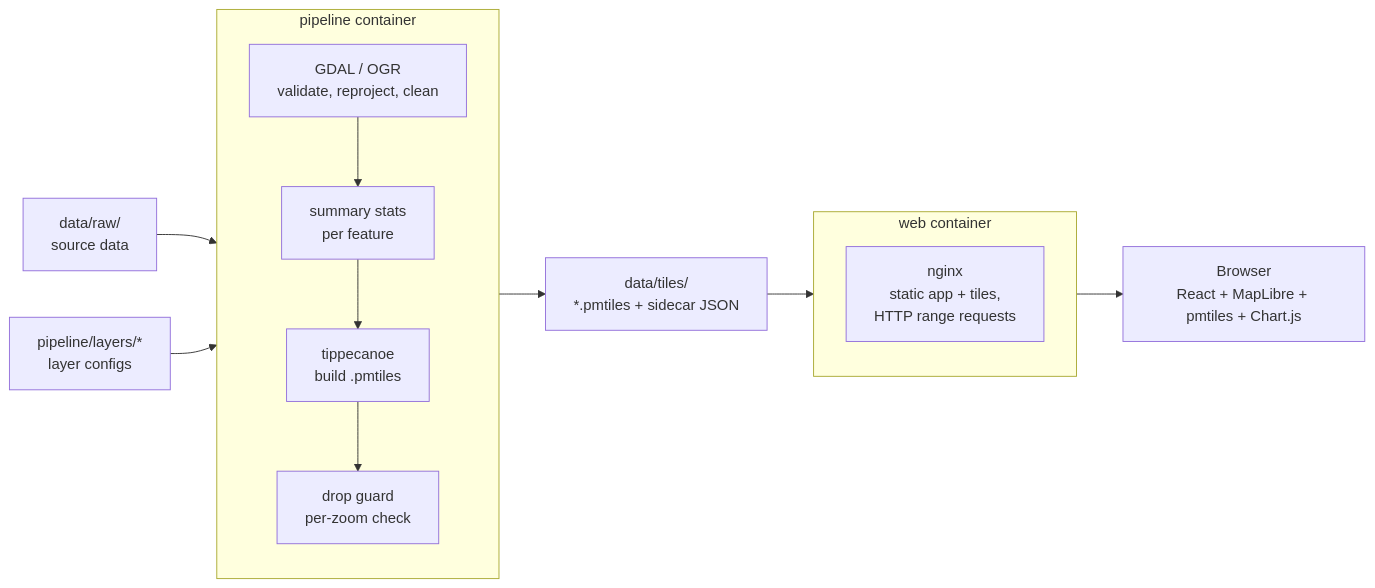
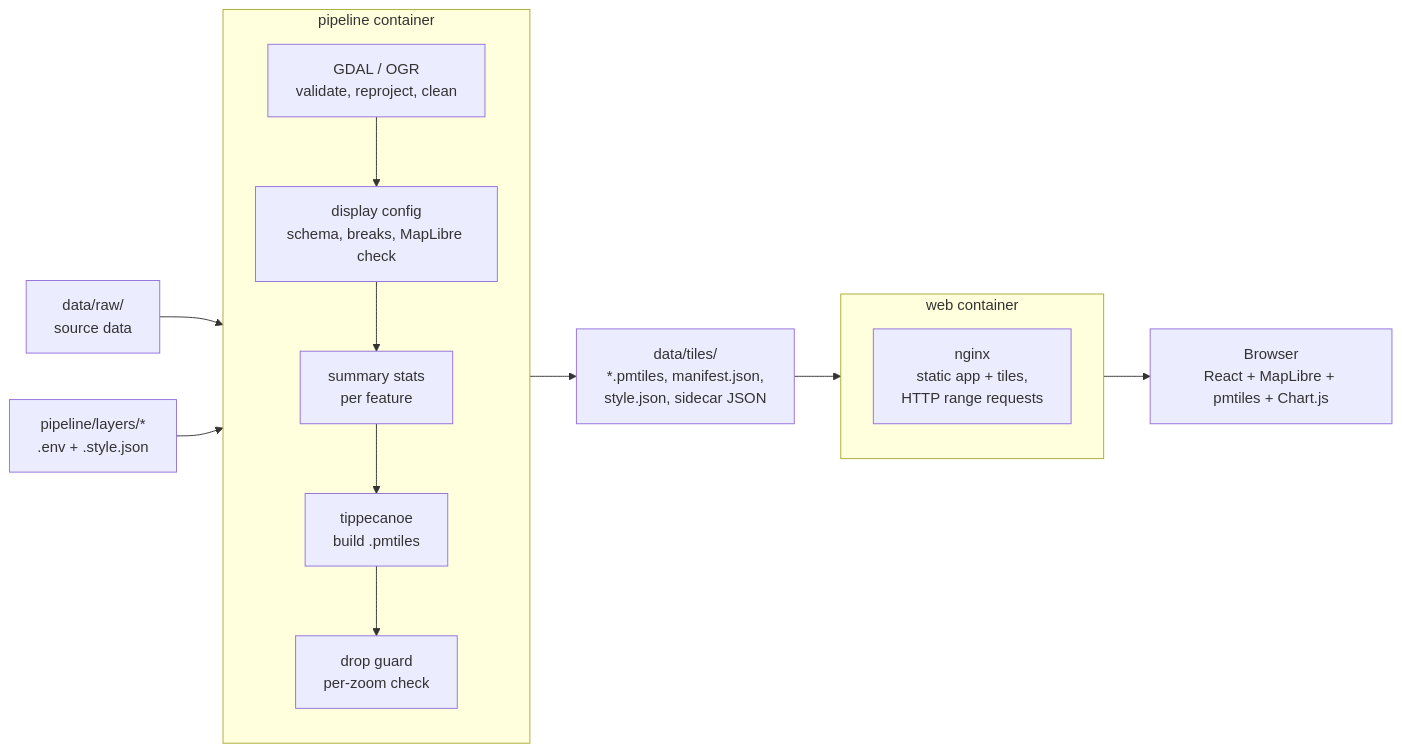
One commit to NCC-CNC/erap-map-poc changed the diagram in docs/design/01_architecture.md. Above: the diagram before and after it, drawn with Mermaid. The commit also changed other lines of this file and 58 other files, not shown here.

First line of the commit message:
feat: data-driven layer styles (per-layer style JSON, loaded at runtime) (#42)

````diff
--- a/docs/design/01_architecture.md
+++ b/docs/design/01_architecture.md
@@ -5,17 +5,18 @@
 ```mermaid
 flowchart LR
   raw[data/raw/<br>source data] --> pipeline
-  cfg[pipeline/layers/*<br>layer configs] --> pipeline
+  cfg[pipeline/layers/*<br>.env + .style.json] --> pipeline
   subgraph pipeline [pipeline container]
     direction TB
-    ogr[GDAL / OGR<br>validate, reproject, clean] --> stats[summary stats<br>per feature]
+    ogr[GDAL / OGR<br>validate, reproject, clean] --> disp[display config<br>schema, breaks, MapLibre check]
+    disp --> stats[summary stats<br>per feature]
     stats --> tip[tippecanoe<br>build .pmtiles]
     tip --> guard[drop guard<br>per-zoom check]
   end
-  pipeline --> tiles[data/tiles/<br>*.pmtiles + sidecar JSON]
+  pipeline --> tiles[data/tiles/<br>*.pmtiles, manifest.json,<br>style.json, sidecar JSON]
   tiles --> web
   subgraph web [web container]
     nginx[nginx<br>static app + tiles,<br>HTTP range requests]
   end
   web --> browser[Browser<br>React + MapLibre + pmtiles + Chart.js]
 ```
````
